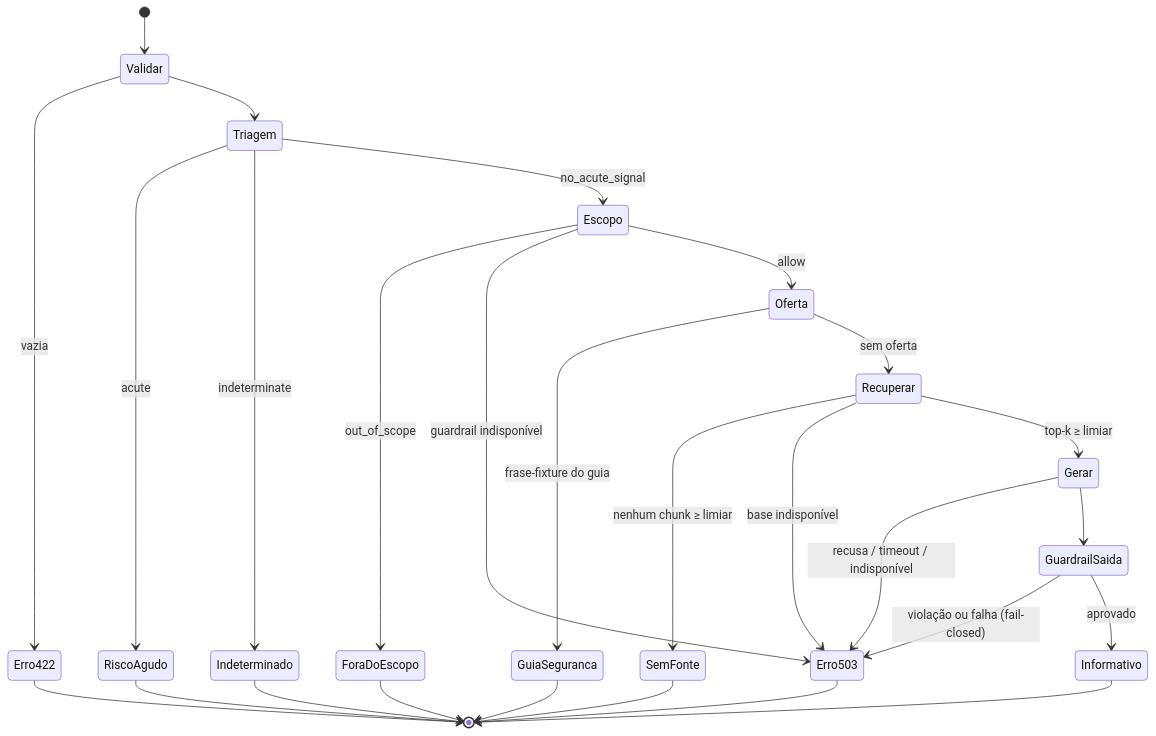
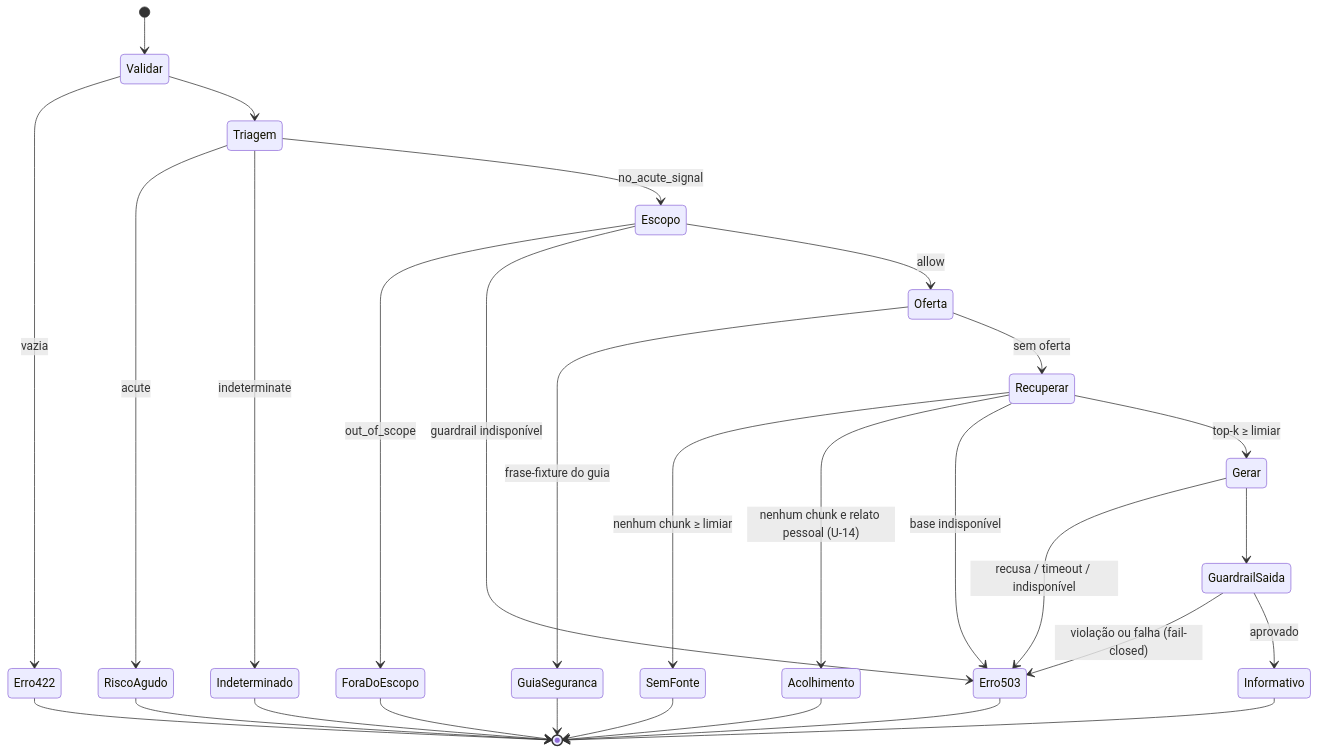
One commit to jeffgitwebapp/aurora changed the diagram in docs/chat/dialogo-processamento.md. Above: the diagram before and after it, drawn with Mermaid. The commit also changed other lines of this file and 11 other files, not shown here.

First line of the commit message:
Acolhimento de relato pessoal (U-14) e registro dos ajustes do chat (U-13)

````diff
--- a/docs/chat/dialogo-processamento.md
+++ b/docs/chat/dialogo-processamento.md
@@ -37,29 +37,31 @@
 ```mermaid
 stateDiagram-v2
     [*] --> Validar
     Validar --> Erro422: vazia
     Validar --> Triagem
     Triagem --> RiscoAgudo: acute
     Triagem --> Indeterminado: indeterminate
     Triagem --> Escopo: no_acute_signal
     Escopo --> ForaDoEscopo: out_of_scope
     Escopo --> Erro503: guardrail indisponível
     Escopo --> Oferta: allow
     Oferta --> GuiaSeguranca: frase-fixture do guia
     Oferta --> Recuperar: sem oferta
     Recuperar --> SemFonte: nenhum chunk ≥ limiar
+    Recuperar --> Acolhimento: nenhum chunk e relato pessoal (U-14)
     Recuperar --> Erro503: base indisponível
     Recuperar --> Gerar: top-k ≥ limiar
     Gerar --> Erro503: recusa / timeout / indisponível
     Gerar --> GuardrailSaida
     GuardrailSaida --> Erro503: violação ou falha (fail-closed)
     GuardrailSaida --> Informativo: aprovado
     RiscoAgudo --> [*]
     Indeterminado --> [*]
     ForaDoEscopo --> [*]
     GuiaSeguranca --> [*]
     SemFonte --> [*]
+    Acolhimento --> [*]
     Erro422 --> [*]
     Erro503 --> [*]
     Informativo --> [*]
 ```
````
